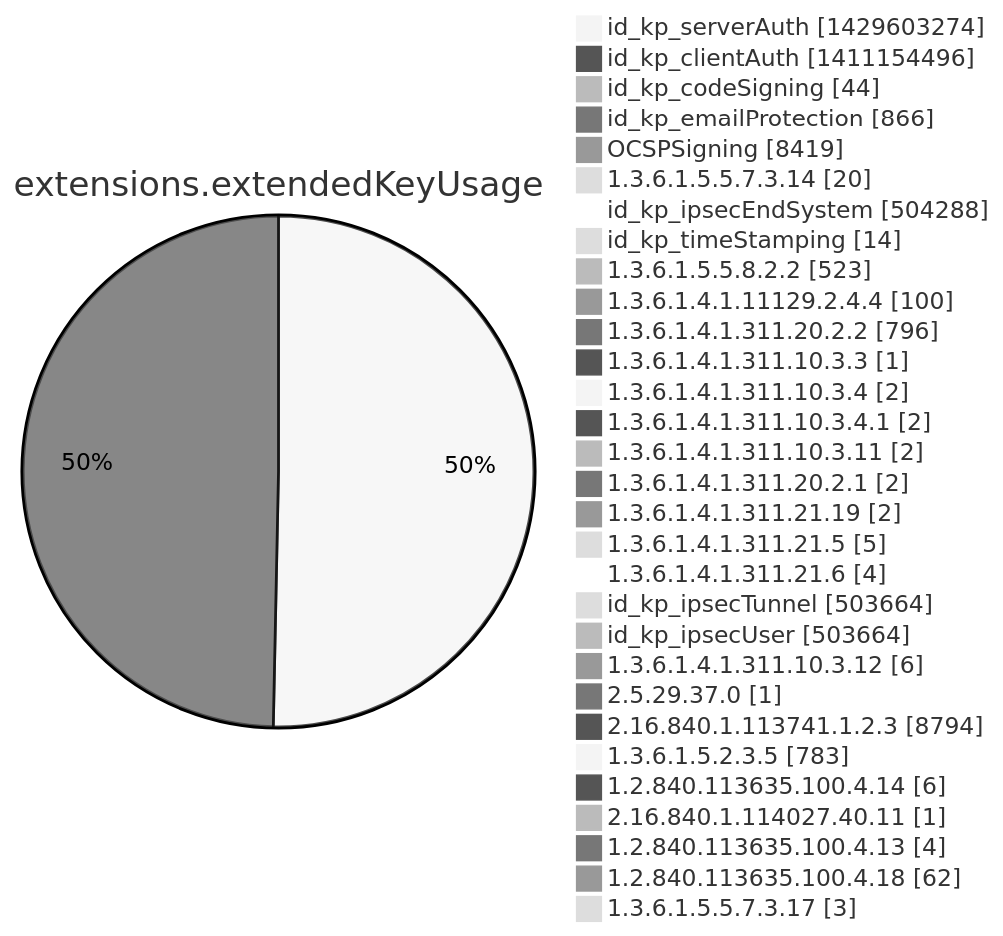
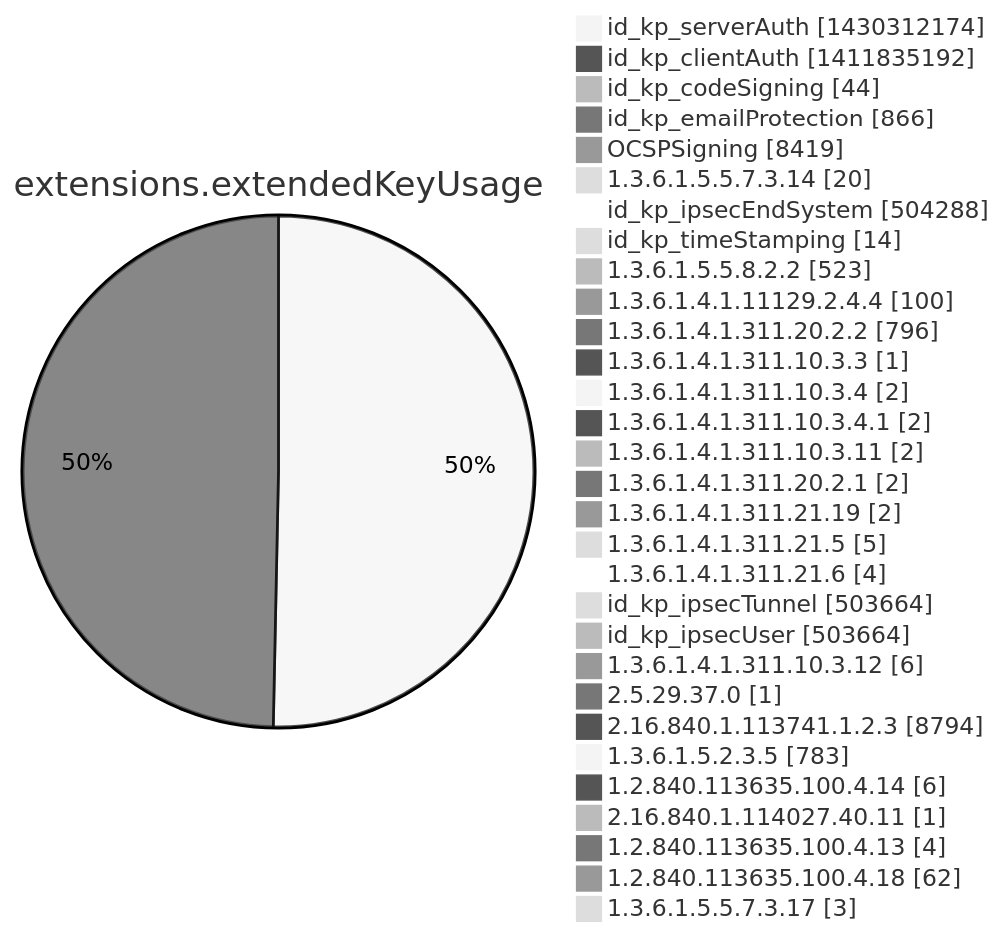
Before and after one commit to christiankrug/ctmonitor_visualization: diagram 12 of 15 in argon2022/README.md, drawn with Mermaid (neutral theme). The commit also changed other lines of this file, not shown here.

````diff
--- a/argon2022/README.md
+++ b/argon2022/README.md
@@ -3555,34 +3555,34 @@
 ```mermaid
 pie showData
 title extensions.extendedKeyUsage
-"id_kp_serverAuth" :1429603274
-"id_kp_clientAuth" :1411154496
+"id_kp_serverAuth" :1430312174
+"id_kp_clientAuth" :1411835192
 "id_kp_codeSigning" :44
 "id_kp_emailProtection" :866
 "OCSPSigning" :8419
 "1.3.6.1.5.5.7.3.14" :20
 "id_kp_ipsecEndSystem" :504288
 "id_kp_timeStamping" :14
 "1.3.6.1.5.5.8.2.2" :523
 "1.3.6.1.4.1.11129.2.4.4" :100
 "1.3.6.1.4.1.311.20.2.2" :796
 "1.3.6.1.4.1.311.10.3.3" :1
 "1.3.6.1.4.1.311.10.3.4" :2
 "1.3.6.1.4.1.311.10.3.4.1" :2
 "1.3.6.1.4.1.311.10.3.11" :2
 "1.3.6.1.4.1.311.20.2.1" :2
 "1.3.6.1.4.1.311.21.19" :2
 "1.3.6.1.4.1.311.21.5" :5
 "1.3.6.1.4.1.311.21.6" :4
 "id_kp_ipsecTunnel" :503664
 "id_kp_ipsecUser" :503664
 "1.3.6.1.4.1.311.10.3.12" :6
 "2.5.29.37.0" :1
 "2.16.840.1.113741.1.2.3" :8794
 "1.3.6.1.5.2.3.5" :783
 "1.2.840.113635.100.4.14" :6
 "2.16.840.1.114027.40.11" :1
 "1.2.840.113635.100.4.13" :4
 "1.2.840.113635.100.4.18" :62
 "1.3.6.1.5.5.7.3.17" :3
 ```
````
